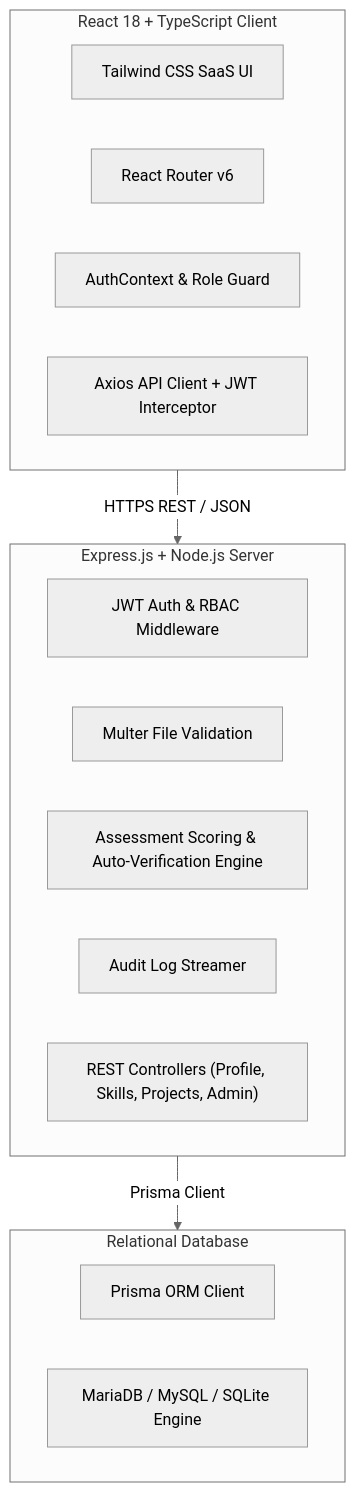
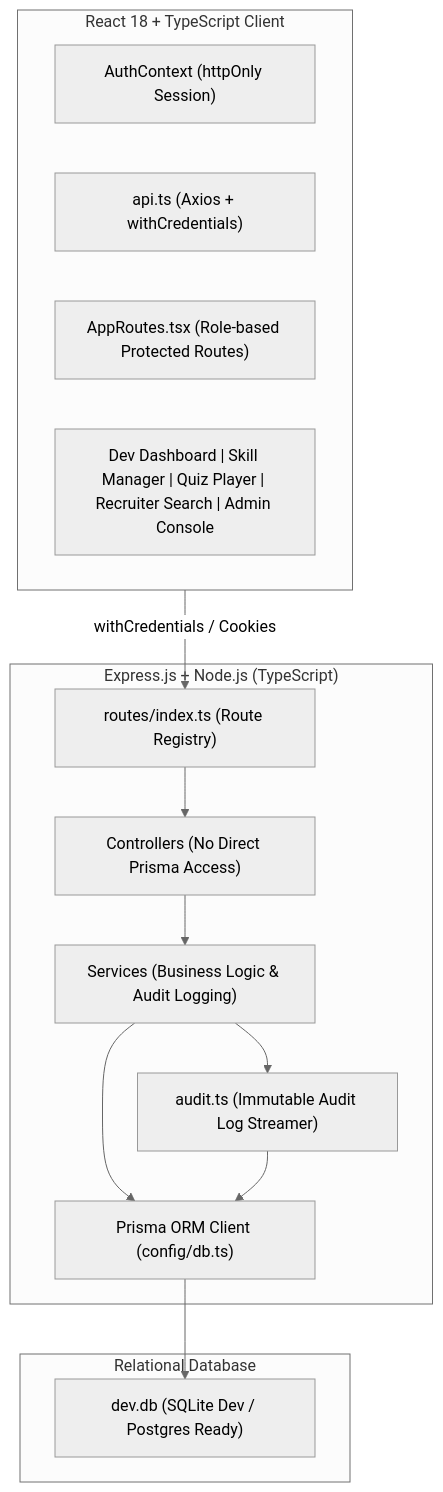
Before and after one commit to Arjunbalaji123/SkillProof: the diagram in README.md, drawn with Mermaid (neutral theme). The commit also changed other lines of this file and 73 other files, not shown here.

````diff
--- a/README.md
+++ b/README.md
@@ -11,25 +11,29 @@
 ```mermaid
 flowchart TD
     subgraph Client["React 18 + TypeScript Client"]
-        UI["Tailwind CSS SaaS UI"]
-        Router["React Router v6"]
-        AuthCtx["AuthContext & Role Guard"]
-        Axios["Axios API Client + JWT Interceptor"]
+        AuthCtx["AuthContext (httpOnly Session)"]
+        Api["api.ts (Axios + withCredentials)"]
+        Routes["AppRoutes.tsx (Role-based Protected Routes)"]
+        Pages["Dev Dashboard | Skill Manager | Quiz Player | Recruiter Search | Admin Console"]
     end
 
-    subgraph Server["Express.js + Node.js Server"]
-        AuthMW["JWT Auth & RBAC Middleware"]
-        UploadMW["Multer File Validation"]
-        EvalEngine["Assessment Scoring & Auto-Verification Engine"]
-        AuditMW["Audit Log Streamer"]
-        Controllers["REST Controllers (Profile, Skills, Projects, Admin)"]
+    subgraph Server["Express.js + Node.js (TypeScript)"]
+        RoutesRegistry["routes/index.ts (Route Registry)"]
+        Controllers["Controllers (No Direct Prisma Access)"]
+        Services["Services (Business Logic & Audit Logging)"]
+        Audit["audit.ts (Immutable Audit Log Streamer)"]
+        Prisma["Prisma ORM Client (config/db.ts)"]
     end
 
     subgraph DB["Relational Database"]
-        Prisma["Prisma ORM Client"]
-        MariaDB["MariaDB / MySQL / SQLite Engine"]
+        SQLite["dev.db (SQLite Dev / Postgres Ready)"]
     end
 
-    Client -->|HTTPS REST / JSON| Server
-    Server -->|Prisma Client| DB
+    Client -->|withCredentials / Cookies| RoutesRegistry
+    RoutesRegistry --> Controllers
+    Controllers --> Services
+    Services --> Audit
+    Services --> Prisma
+    Audit --> Prisma
+    Prisma --> SQLite
 ```
````
